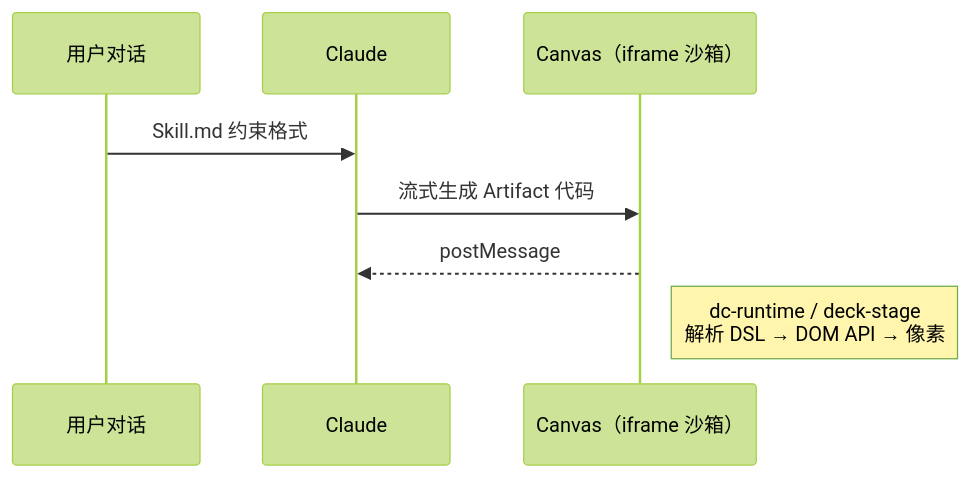
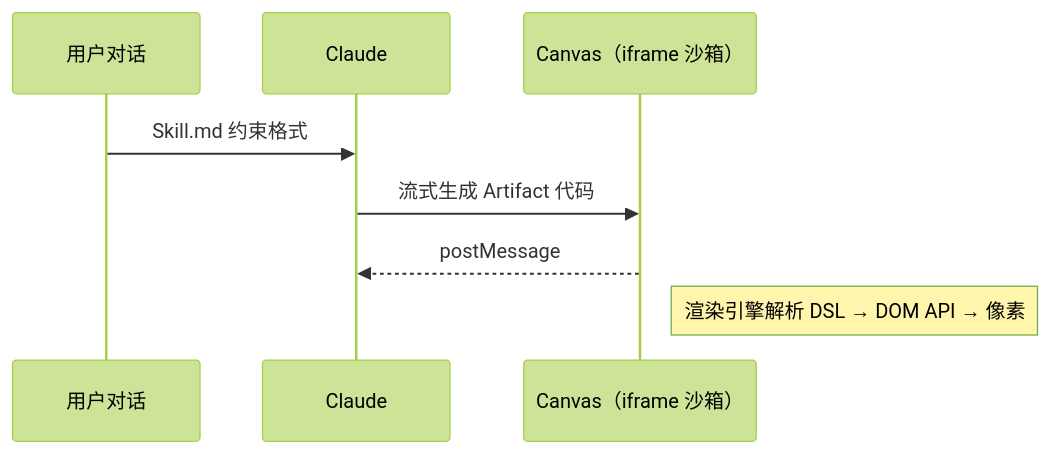
One commit to Haoping-Xiao/haoping-xiao.github.io changed the first of 2 diagrams in src/content/blog/claude-design-architecture.mdx. Above: the diagram before and after it, drawn with Mermaid (forest theme). The commit also changed other lines of this file, not shown here.

Commit message:
Remove internal code variable names from claude-design-architecture blog post

````diff
--- a/src/content/blog/claude-design-architecture.mdx
+++ b/src/content/blog/claude-design-architecture.mdx
@@ -16,11 +16,11 @@
 ```mermaid
 sequenceDiagram
     participant U as 用户对话
     participant C as Claude
     participant I as Canvas（iframe 沙箱）
 
     U->>C: Skill.md 约束格式
     C->>I: 流式生成 Artifact 代码
     I-->>C: postMessage
-    Note right of I: dc-runtime / deck-stage<br/>解析 DSL → DOM API → 像素
+    Note right of I: 渲染引擎解析 DSL → DOM API → 像素
 ```
````
